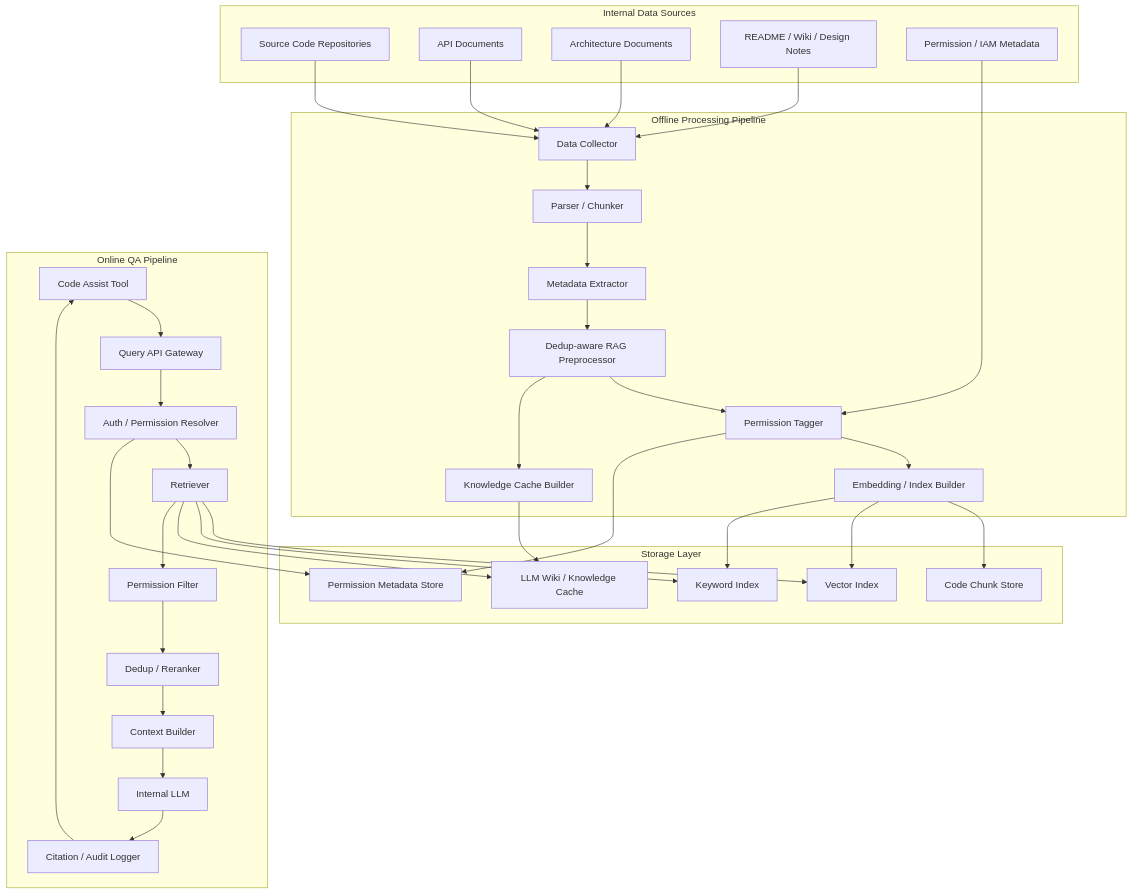
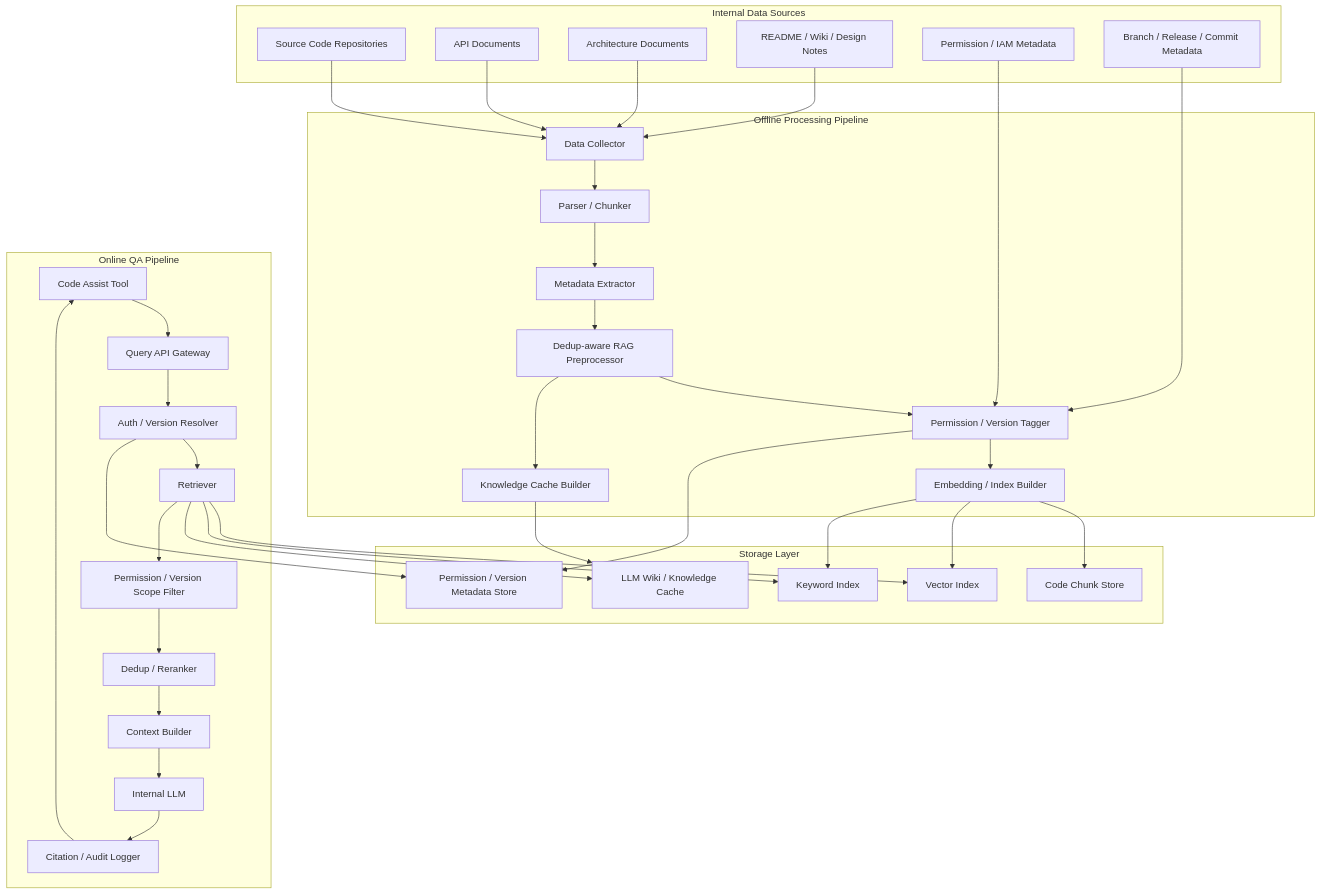
The second of 2 diagrams in doc/01_Project_Overview_Requirements_Overall_Architecture.md (younlea/2026_architect_9B_team), drawn with Mermaid before and after one commit. The commit also changed other lines of this file and 14 other files, not shown here.

````diff
--- a/doc/01_Project_Overview_Requirements_Overall_Architecture.md
+++ b/doc/01_Project_Overview_Requirements_Overall_Architecture.md
@@ -181,73 +253,75 @@
 ```mermaid
 flowchart TD
     subgraph DataSources[Internal Data Sources]
         A1[Source Code Repositories]
         A2[API Documents]
         A3[Architecture Documents]
         A4[README / Wiki / Design Notes]
         A5[Permission / IAM Metadata]
+        A6[Branch / Release / Commit Metadata]
     end
 
     subgraph Offline[Offline Processing Pipeline]
         B1[Data Collector]
         B2[Parser / Chunker]
         B3[Metadata Extractor]
         B4[Dedup-aware RAG Preprocessor]
-        B5[Permission Tagger]
+        B5[Permission / Version Tagger]
         B6[Embedding / Index Builder]
         B7[Knowledge Cache Builder]
     end
 
     subgraph Storage[Storage Layer]
         C1[Code Chunk Store]
         C2[Vector Index]
         C3[Keyword Index]
-        C4[Permission Metadata Store]
+        C4[Permission / Version Metadata Store]
         C5[LLM Wiki / Knowledge Cache]
     end
 
     subgraph Online[Online QA Pipeline]
         D1[Code Assist Tool]
         D2[Query API Gateway]
-        D3[Auth / Permission Resolver]
+        D3[Auth / Version Resolver]
         D4[Retriever]
-        D5[Permission Filter]
+        D5[Permission / Version Scope Filter]
         D6[Dedup / Reranker]
         D7[Context Builder]
         D8[Internal LLM]
         D9[Citation / Audit Logger]
     end
 
     A1 --> B1
     A2 --> B1
     A3 --> B1
     A4 --> B1
     A5 --> B5
+    A6 --> B5
 
     B1 --> B2
     B2 --> B3
     B3 --> B4
     B4 --> B5
     B5 --> B6
     B4 --> B7
 
     B6 --> C1
     B6 --> C2
     B6 --> C3
     B5 --> C4
     B7 --> C5
 
     D1 --> D2
     D2 --> D3
     D3 --> D4
     D4 --> C2
     D4 --> C3
     D4 --> C5
     D3 --> C4
     D4 --> D5
     D5 --> D6
     D6 --> D7
     D7 --> D8
     D8 --> D9
     D9 --> D1
 ```
````
